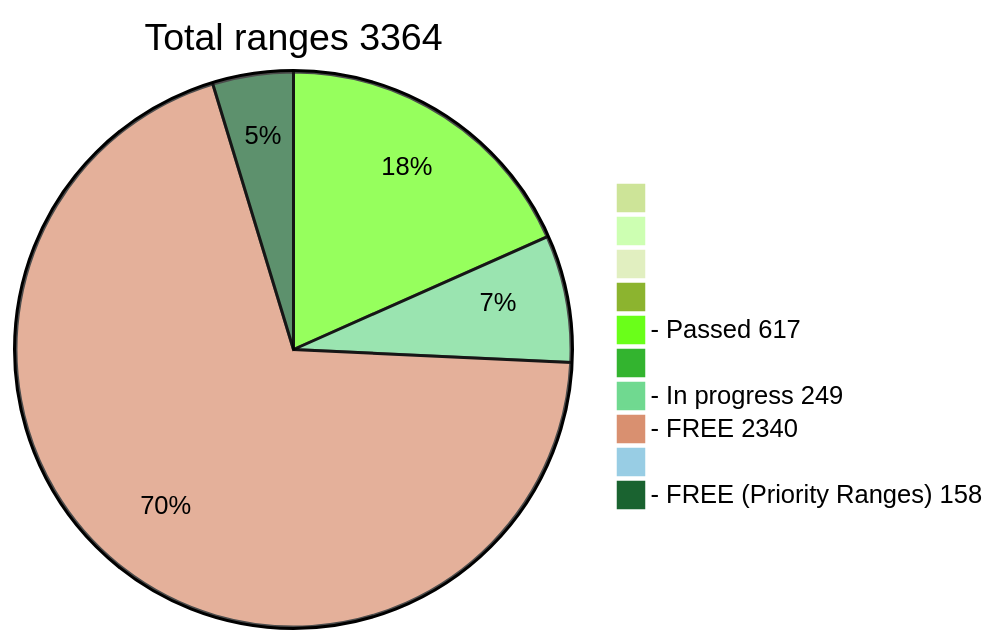
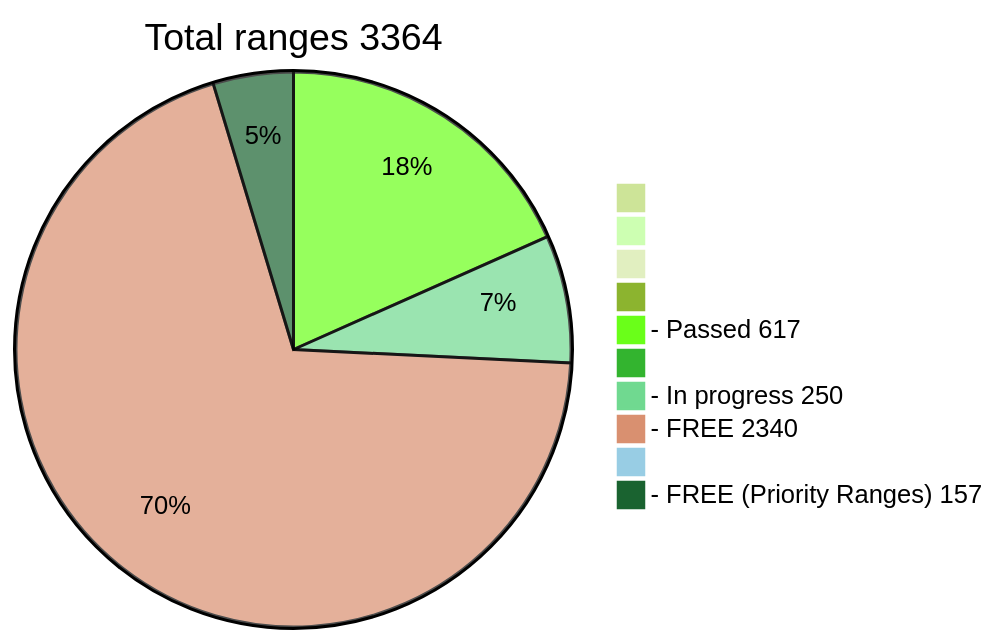
Before and after one commit to phrutis/wif500: the diagram in README.md, drawn with Mermaid (forest theme).

````diff
--- a/README.md
+++ b/README.md
@@ -16,13 +16,13 @@
 ```mermaid
 pie title Total ranges 3364
              " " : 0
             "  " : 0
            "   " : 0
           "    " : 0
   "- Passed 617" : 617
          "     " : 0
-  "- In progress 249" : 249
+  "- In progress 250" : 250
    "- FREE 2340" : 2340
         "      " : 0
-  "- FREE (Priority Ranges) 158" : 158
+  "- FREE (Priority Ranges) 157" : 157
 ```
````
